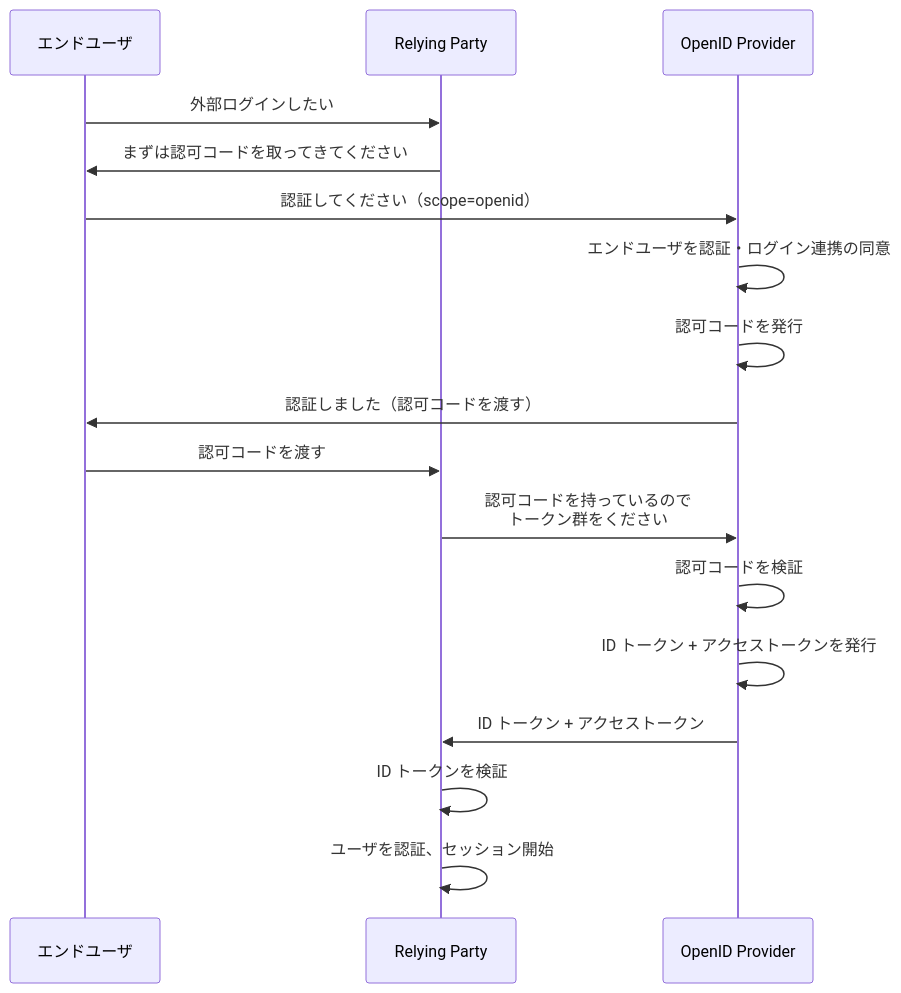
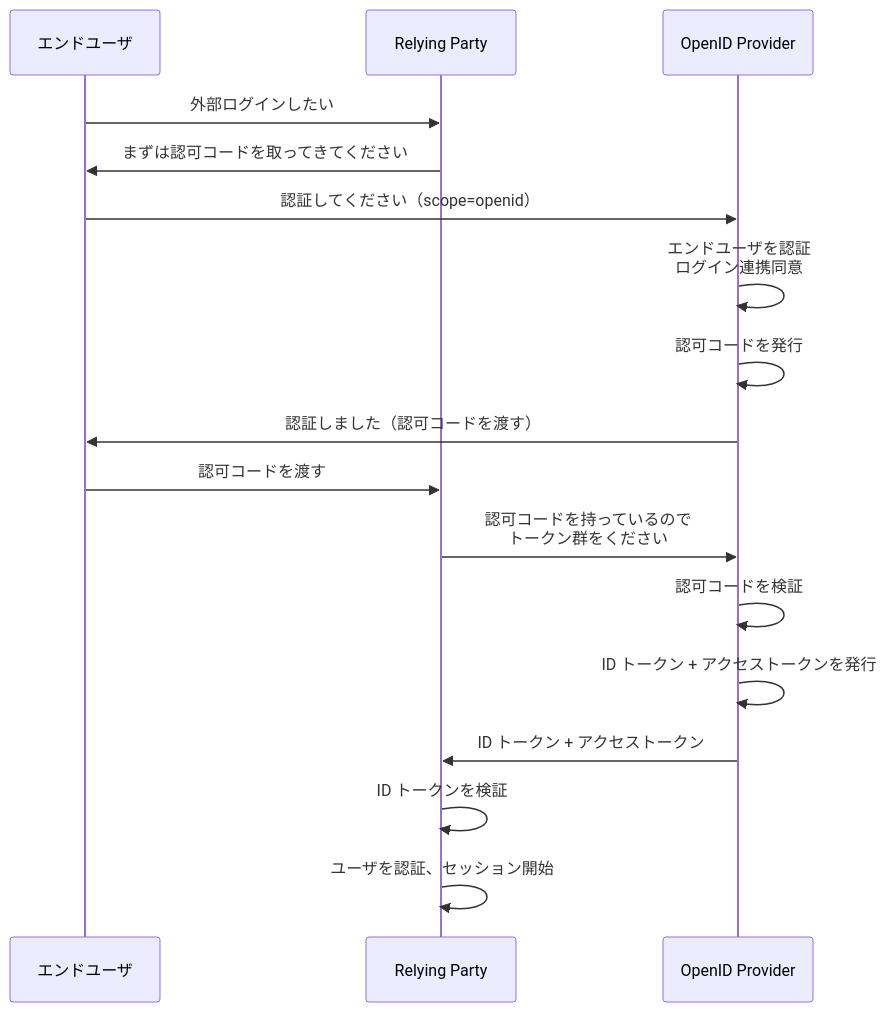
The diagram in books/sikkari-oauth-oidc/22-oidc-actors-flow.md (calloc134/zenn-dir), drawn with Mermaid before and after one commit. The commit also changed other lines of this file and 1 other file, not shown here.

````diff
--- a/books/sikkari-oauth-oidc/22-oidc-actors-flow.md
+++ b/books/sikkari-oauth-oidc/22-oidc-actors-flow.md
@@ -89,20 +92,20 @@
 ```mermaid
 sequenceDiagram
     participant EU as エンドユーザ
     participant RP as Relying Party
     participant OP as OpenID Provider
 
     EU->>RP: 外部ログインしたい
     RP->>EU: まずは認可コードを取ってきてください
     EU->>OP: 認証してください（scope=openid）
-    OP->>OP: エンドユーザを認証・ログイン連携の同意
+    OP->>OP: エンドユーザを認証<br>ログイン連携同意
     OP->>OP: 認可コードを発行
     OP->>EU: 認証しました（認可コードを渡す）
     EU->>RP: 認可コードを渡す
     RP->>OP: 認可コードを持っているので<br>トークン群をください
     OP->>OP: 認可コードを検証
     OP->>OP: ID トークン + アクセストークンを発行
     OP->>RP: ID トークン + アクセストークン
     RP->>RP: ID トークンを検証
     RP->>RP: ユーザを認証、セッション開始
 ```
````
